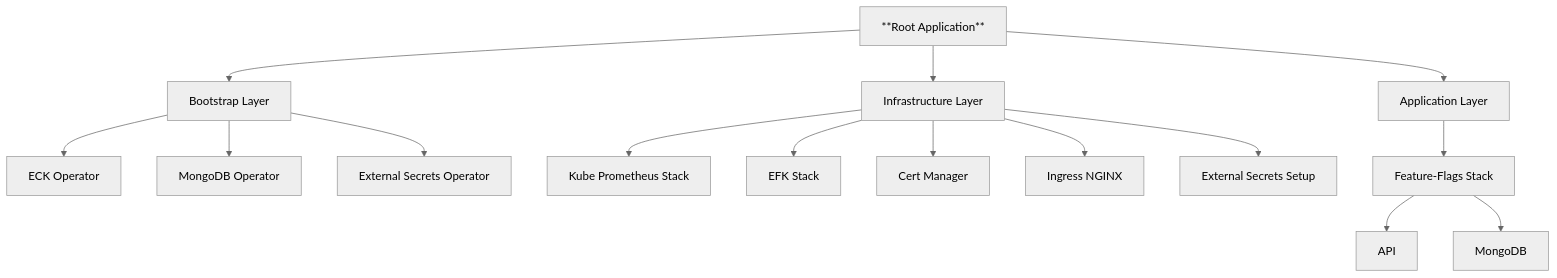
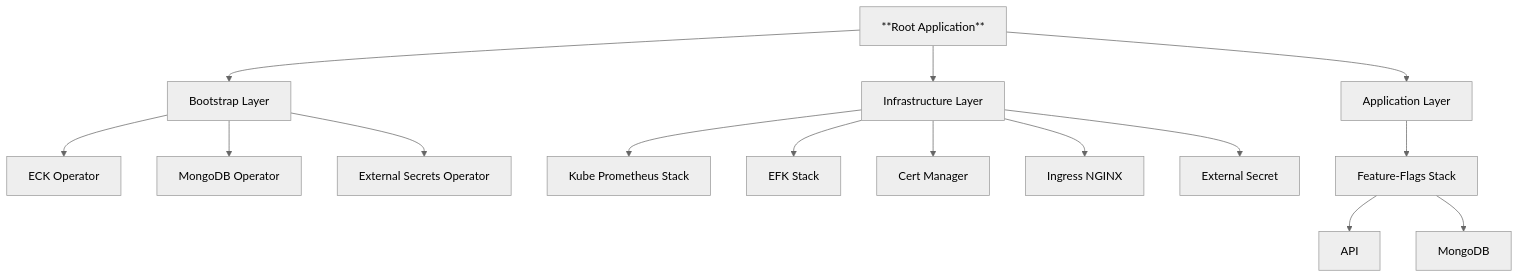
The diagram in README.md (shaarron/feature-flags-resources), drawn with Mermaid (neutral theme) before and after one commit. The commit also changed other lines of this file, not shown here.

Commit message:
docs: update multi-cluster architecture and components

````diff
--- a/README.md
+++ b/README.md
@@ -34,19 +36,19 @@
 ```mermaid
 graph TD
   A[**Root Application**] --> B[Bootstrap Layer]
   B --> B2[ECK Operator]
   B --> B3[MongoDB Operator]
   B --> B4[External Secrets Operator]
 
   A --> C[Infrastructure Layer]
   C --> C1[Kube Prometheus Stack]
   C --> C2[EFK Stack]
   C --> C4[Cert Manager]
   C --> C5[Ingress NGINX]
-  C --> C6[External Secrets Setup]
+  C --> C6[External Secret]
 
   A --> D[Application Layer]
   D --> D1[Feature-Flags Stack]
   D1 --> D2[API]
   D1 --> D3[MongoDB]
 ```
````
